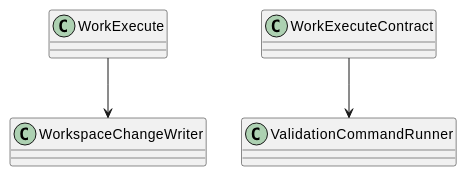
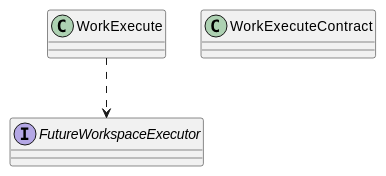
One commit to lucky-chen/ai_workflow_travel changed the first of 4 diagrams in project_layer/docs/breakdown_docs/work_execute.md. Above: the diagram before and after it, drawn with PlantUML. The commit also changed other lines of this file and 16 other files, not shown here.

````diff
--- a/project_layer/docs/breakdown_docs/work_execute.md
+++ b/project_layer/docs/breakdown_docs/work_execute.md
@@ -47,11 +49,9 @@
 ```plantuml
 @startuml
 class WorkExecute
 class WorkExecuteContract
-class WorkspaceChangeWriter
-class ValidationCommandRunner
+interface FutureWorkspaceExecutor
 
-WorkExecute --> WorkspaceChangeWriter
-WorkExecuteContract --> ValidationCommandRunner
+WorkExecute ..> FutureWorkspaceExecutor
 @enduml
 ```
````
